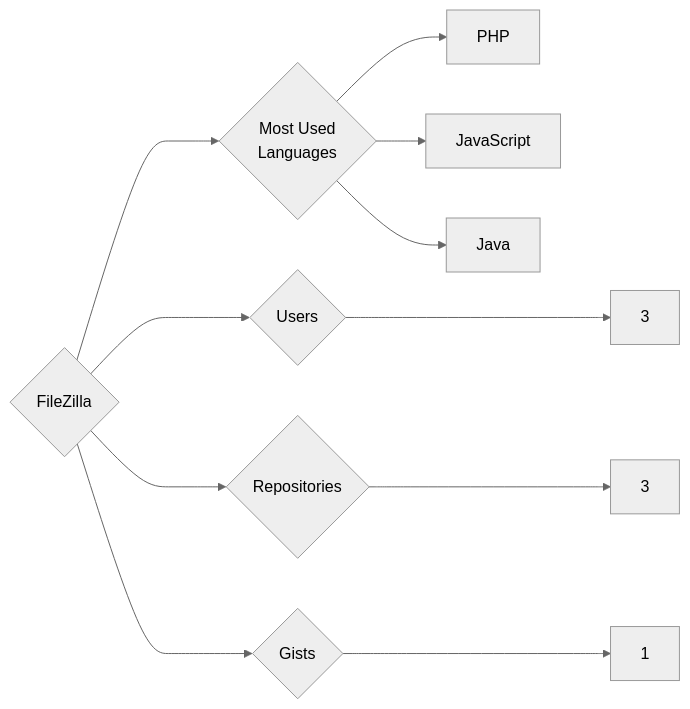
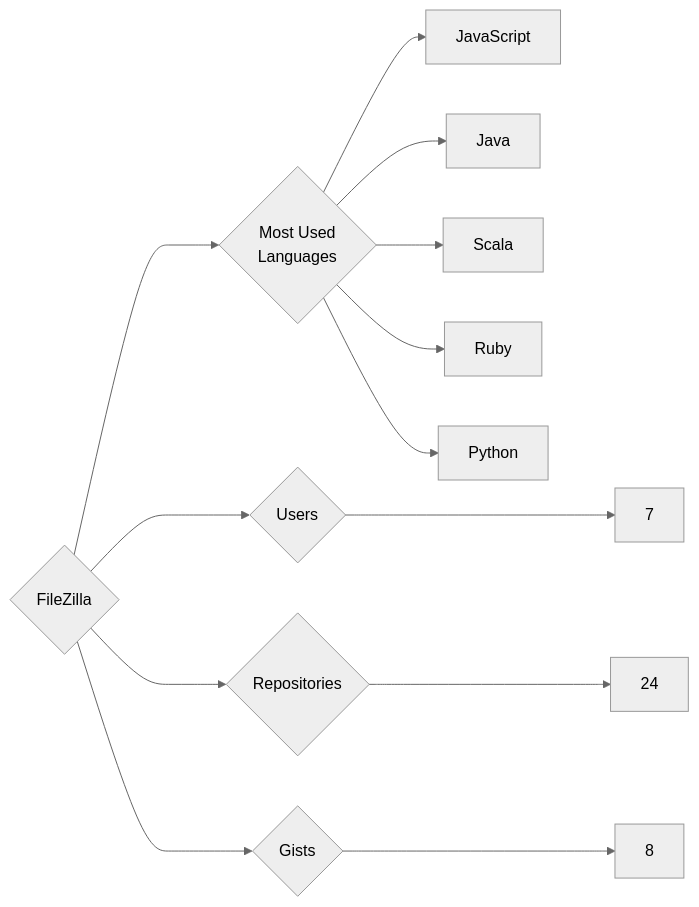
The diagram in targets/FileZilla/README.md (trickest/insiders), drawn with Mermaid (neutral theme) before and after one commit. The commit also changed 993 other files, not shown here.

````diff
--- a/targets/FileZilla/README.md
+++ b/targets/FileZilla/README.md
@@ -3,11 +3,13 @@
 ```mermaid
 graph LR
 COMPANY_NAME{FileZilla}
-COMPANY_NAME ---> U{Users} ---> UN[3]
-COMPANY_NAME ---> R{Repositories} ---> RN[3]
-COMPANY_NAME ---> G{Gists} ---> GN[1]
+COMPANY_NAME ---> U{Users} ---> UN[7]
+COMPANY_NAME ---> R{Repositories} ---> RN[24]
+COMPANY_NAME ---> G{Gists} ---> GN[8]
 COMPANY_NAME ---> ML{Most Used<br>Languages}
-ML --> PHP[PHP]
 ML --> JavaScript[JavaScript]
 ML --> Java[Java]
+ML --> Scala[Scala]
+ML --> Ruby[Ruby]
+ML --> Python[Python]
 ```
````
